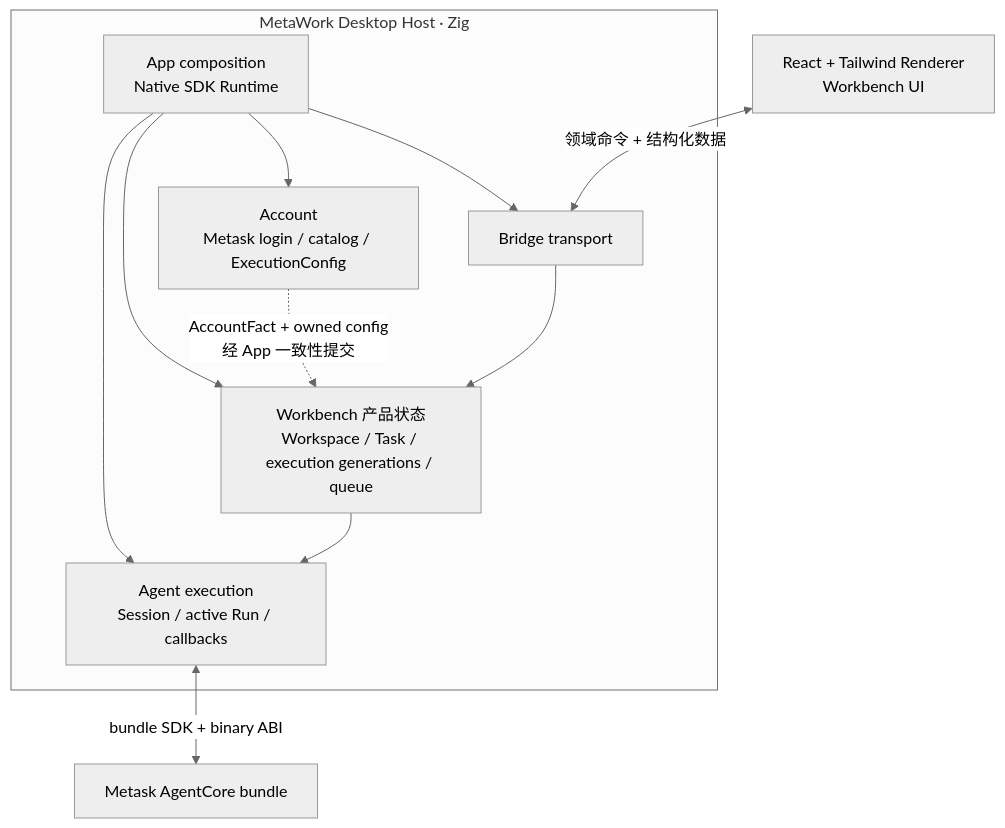
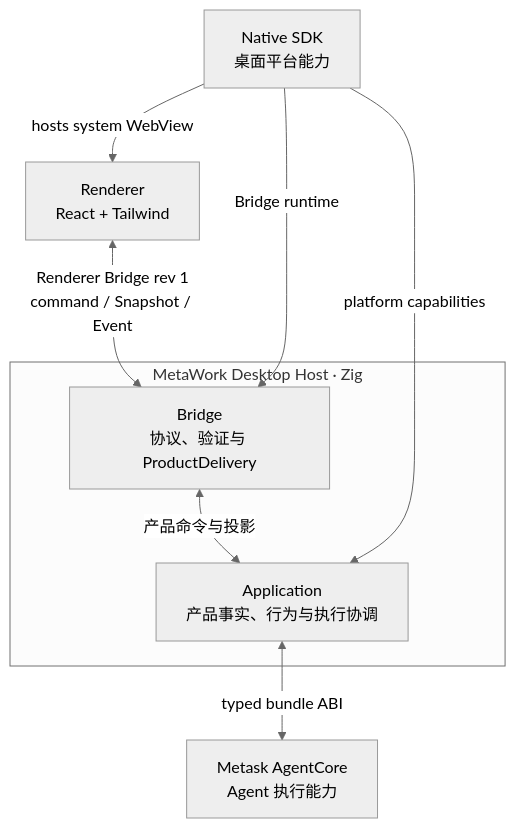
The diagram in docs/architecture.md (metask-ai/metawork), drawn with Mermaid (neutral theme) before and after one commit. The commit also changed other lines of this file and 8 other files, not shown here.

Commit message:
docs: clarify architecture boundaries

````diff
--- a/docs/architecture.md
+++ b/docs/architecture.md
@@ -55,24 +22,19 @@
 ```mermaid
 flowchart TB
-    UI["React + Tailwind Renderer<br/>Workbench UI"]
+    RENDERER["Renderer<br/>React + Tailwind"]
 
     subgraph HOST["MetaWork Desktop Host · Zig"]
-        APP["App composition<br/>Native SDK Runtime"]
-        ACCOUNT["Account<br/>Metask login / catalog / ExecutionConfig"]
-        BRIDGE["Bridge transport"]
-        WB["Workbench 产品状态<br/>Workspace / Task / execution generations / queue"]
-        AGENT["Agent execution<br/>Session / active Run / callbacks"]
-        APP --> BRIDGE
-        APP --> ACCOUNT
-        APP --> WB
-        APP --> AGENT
-        BRIDGE --> WB
-        ACCOUNT -. "AccountFact + owned config<br/>经 App 一致性提交" .-> WB
-        WB --> AGENT
+        BRIDGE["Bridge<br/>协议、验证与 ProductDelivery"]
+        APPLICATION["Application<br/>产品事实、行为与执行协调"]
+        BRIDGE <-->|"产品命令与投影"| APPLICATION
     end
 
-    CORE["Metask AgentCore bundle"]
+    AGENTCORE["Metask AgentCore<br/>Agent 执行能力"]
+    NATIVE["Native SDK<br/>桌面平台能力"]
 
-    UI <-->|"领域命令 + 结构化数据"| BRIDGE
-    AGENT <-->|"bundle SDK + binary ABI"| CORE
+    RENDERER <-->|"Renderer Bridge rev 1<br/>command / Snapshot / Event"| BRIDGE
+    APPLICATION <-->|"typed bundle ABI"| AGENTCORE
+    NATIVE -->|"hosts system WebView"| RENDERER
+    NATIVE -->|"Bridge runtime"| BRIDGE
+    NATIVE -->|"platform capabilities"| APPLICATION
 ```
````
